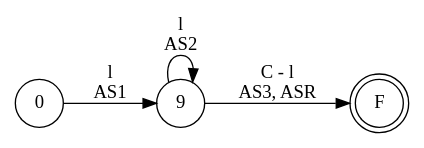
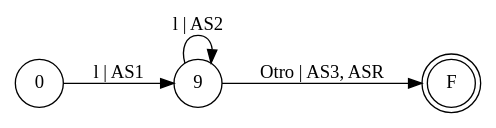
The diagram in resources/diagrams/errors/reservedWords.dot (iroumec/RouVel-Compiler), drawn with Graphviz before and after one commit. The commit also changed 12 other files, not shown here.

Commit message:
Graphs Improved

```diff
--- a/resources/diagrams/errors/reservedWords.dot
+++ b/resources/diagrams/errors/reservedWords.dot
@@ -1,10 +1,10 @@
 digraph DFA {
     rankdir = LR;
     node [shape = circle;];
     F [shape = doublecircle;];
     // No hay posible error.
     
-    0 -> 9 [label = "l \n AS1";];
-    9 -> 9 [label = "l \n AS2";];
-    9 -> F [label = "C - l \n AS3, ASR";];
+    0 -> 9 [label = "l | AS1";];
+    9 -> 9 [label = "l | AS2";];
+    9 -> F [label = "Otro | AS3, ASR";];
 }
```
